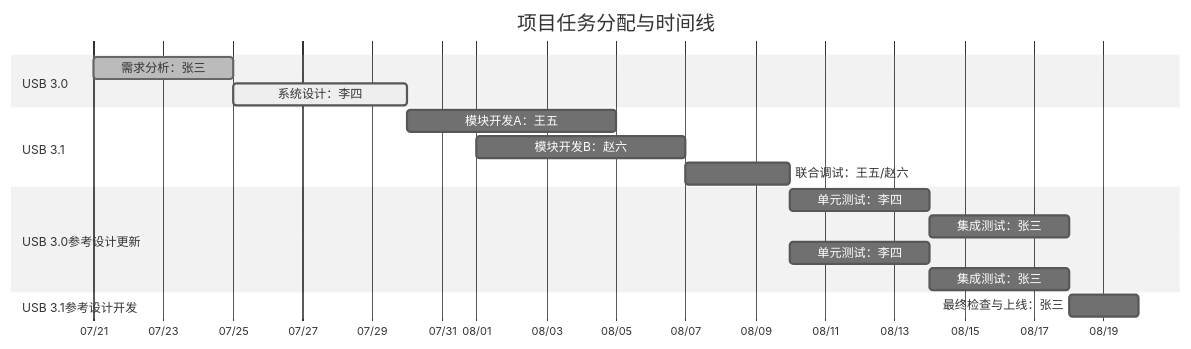
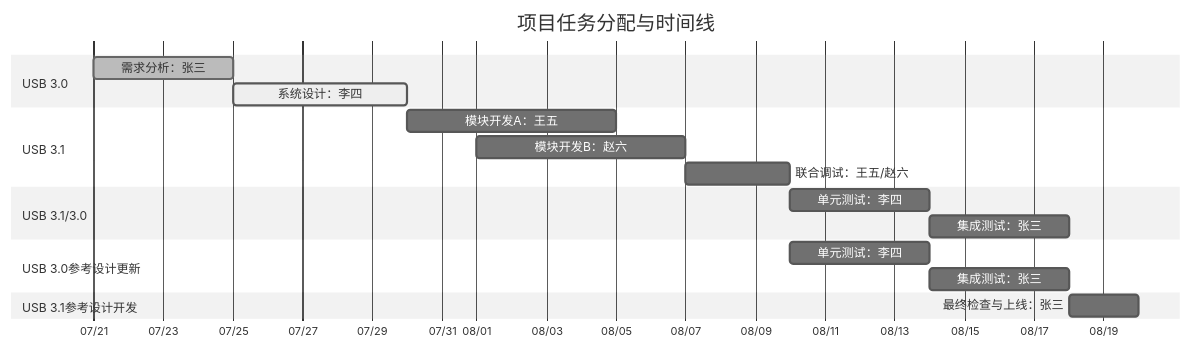
Before and after one commit to winsonbook/iodraw-files: the diagram in all/未命名.md, drawn with Mermaid (neutral theme).

Commit message:
2025-07-21 09:41:22 update

````diff
--- a/all/未命名.md
+++ b/all/未命名.md
@@ -1,26 +1,26 @@
 ```mermaid
 gantt
     title 项目任务分配与时间线
     dateFormat  YYYY-MM-DD
     axisFormat  %m/%d
 
     section USB 3.0
     需求分析：张三       :done,    task1, 2025-07-21, 4d
     系统设计：李四       :active,  task2, 2025-07-25, 5d
 
     section USB 3.1
     模块开发A：王五      :         task3, 2025-07-30, 6d
     模块开发B：赵六      :         task4, 2025-08-01, 6d
     联合调试：王五/赵六  :         task5, 2025-08-07, 3d
 
-        section USB 3.0参考设计更新
+    section USB 3.1/3.0
     单元测试：李四       :         task6, 2025-08-10, 4d
     集成测试：张三       :         task7, 2025-08-14, 4d
     section USB 3.0参考设计更新
     单元测试：李四       :         task6, 2025-08-10, 4d
     集成测试：张三       :         task7, 2025-08-14, 4d
 
     section USB 3.1参考设计开发
     最终检查与上线：张三 :         task8, 2025-08-18, 2d
 
 ```
````
